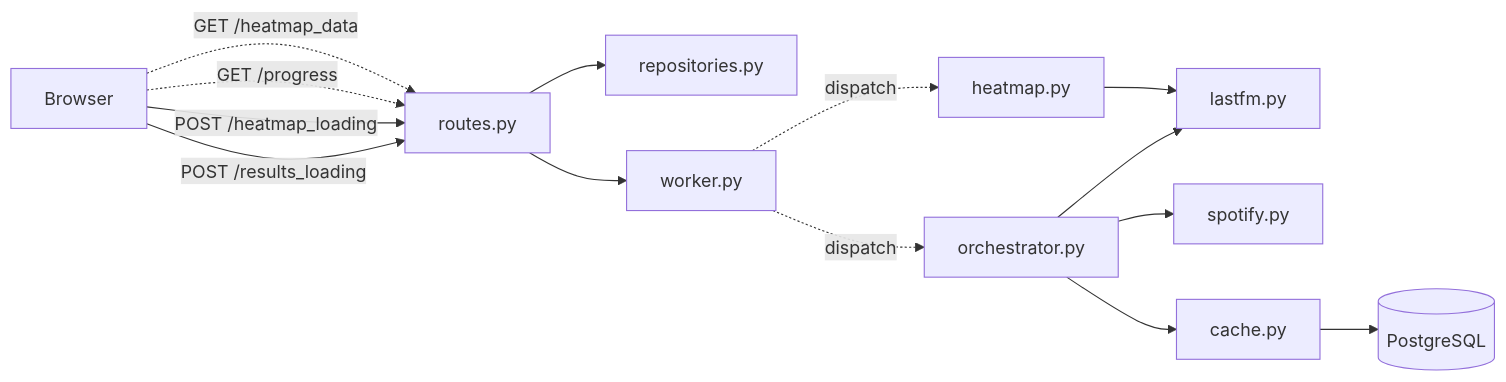
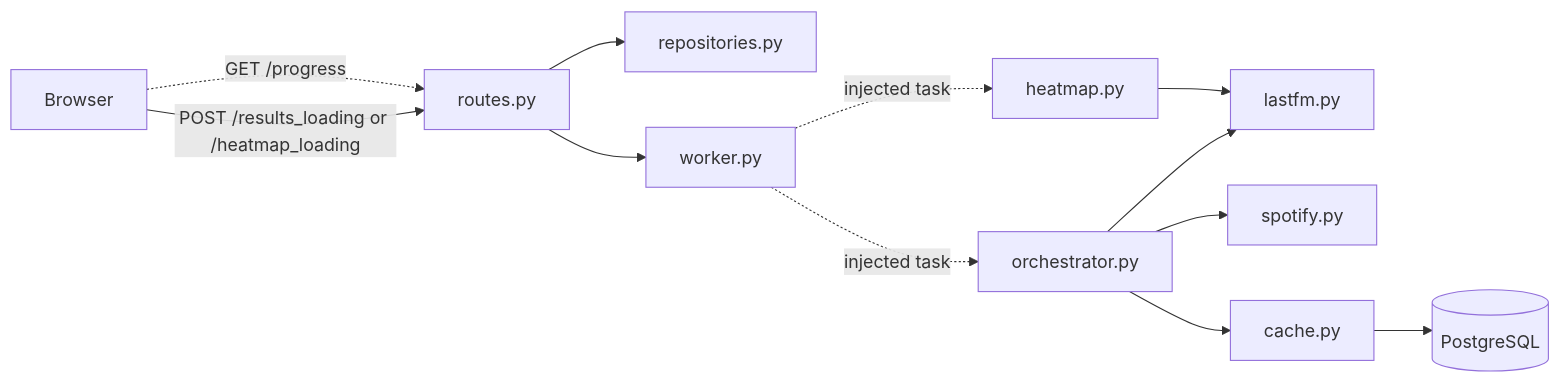
One commit to pterw/ScrobbleScope changed the diagram in README.md. Above: the diagram before and after it, drawn with Mermaid. The commit also changed other lines of this file and 6 other files, not shown here.

First line of the commit message:
test(results): Add browser regressions and refresh product docs

````diff
--- a/README.md
+++ b/README.md
@@ -99,16 +112,14 @@
 ```mermaid
 graph LR
-    A[Browser] -->|POST /results_loading| B[routes.py]
-    A -->|POST /heatmap_loading| B
+    A[Browser] -->|POST /results_loading or /heatmap_loading| B[routes.py]
     A -.->|GET /progress| B
-    A -.->|GET /heatmap_data| B
     B --> C[repositories.py]
     B --> D[worker.py]
-    D -.->|dispatch| E[orchestrator.py]
-    D -.->|dispatch| F[heatmap.py]
+    D -.->|injected task| E[orchestrator.py]
+    D -.->|injected task| F[heatmap.py]
     E --> G[lastfm.py]
     E --> H[spotify.py]
     E --> I[cache.py]
     F --> G
     I --> J[(PostgreSQL)]
 ```
````
